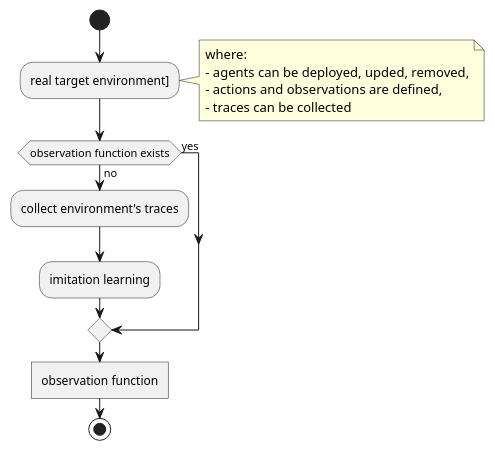
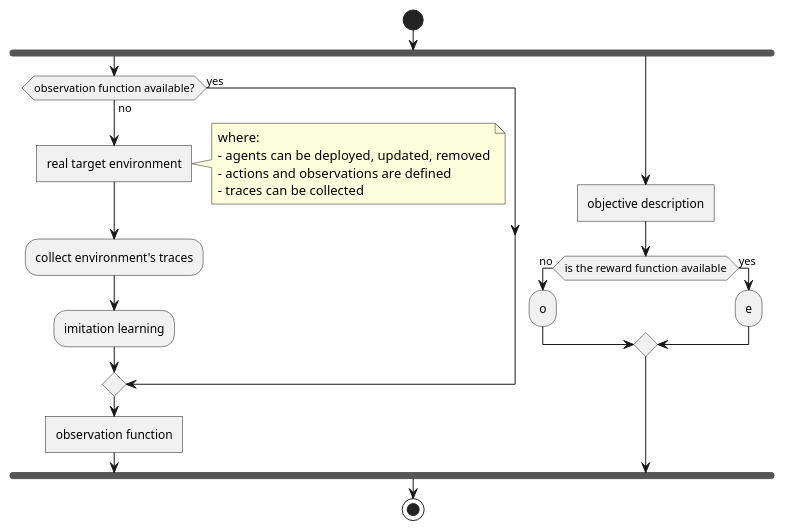
The diagram in plans/general_algorithm_with_notes.plantuml (julien6/CybMASDE), drawn with PlantUML before and after one commit. The commit also changed 137 other files, not shown here.

```diff
--- a/plans/general_algorithm_with_notes.plantuml
+++ b/plans/general_algorithm_with_notes.plantuml
@@ -1,17 +1,26 @@
 @startuml general_algorithm
 start
-:real target environment];
+fork
+if (observation function available?) then (yes)
+else (no)
+:real target environment]
 note right
 where:
-- agents can be deployed, upded, removed,
-- actions and observations are defined,
+- agents can be deployed, updated, removed
+- actions and observations are defined
 - traces can be collected
 end note
-if (observation function exists) then (no)
 :collect environment's traces;
 :imitation learning;
-else (yes)
 endif
 :observation function]
+fork again
+:objective description]
+if (is the reward function available) then (no)
+:o;
+else (yes)
+:e;
+endif
+end fork
 stop
 @enduml
```
